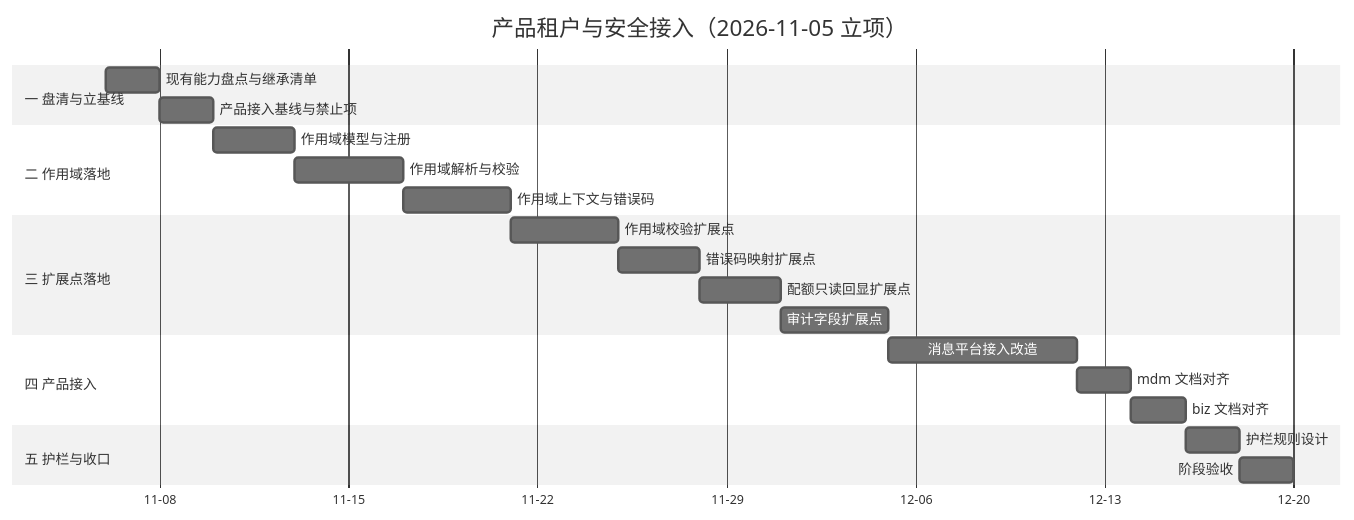
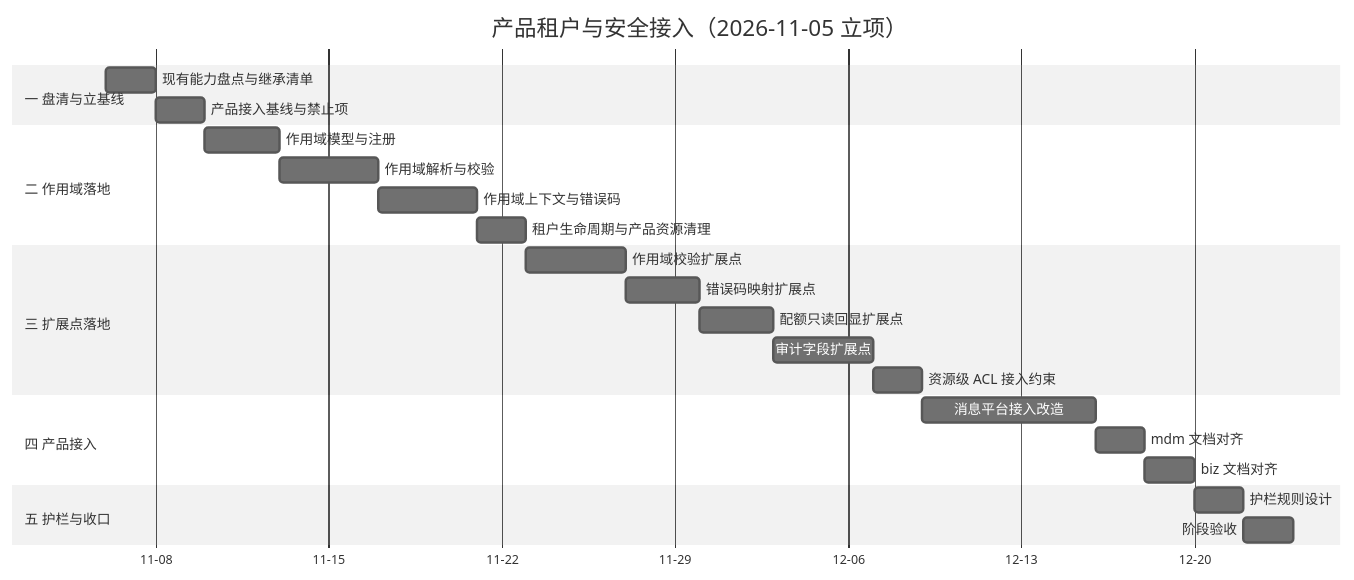
The diagram in bms文档/项目/07D_产品租户与安全接入/计划/01_计划_产品租户与安全接入.md (minjian123/basic-management-system), drawn with Mermaid (neutral theme) before and after one commit. The commit also changed other lines of this file and 25 other files, not shown here.

````diff
--- a/bms文档/项目/07D_产品租户与安全接入/计划/01_计划_产品租户与安全接入.md
+++ b/bms文档/项目/07D_产品租户与安全接入/计划/01_计划_产品租户与安全接入.md
@@ -55,25 +57,27 @@
 ```mermaid
 gantt
     title 产品租户与安全接入（2026-11-05 立项）
     dateFormat YYYY-MM-DD
     axisFormat %m-%d
     section 一 盘清与立基线
     现有能力盘点与继承清单 :a1, 2026-11-06, 2d
     产品接入基线与禁止项 :a2, after a1, 2d
     section 二 作用域落地
     作用域模型与注册 :b1, after a2, 3d
     作用域解析与校验 :b2, after b1, 4d
     作用域上下文与错误码 :b3, after b2, 4d
+    租户生命周期与产品资源清理 :b4, after b3, 2d
     section 三 扩展点落地
-    作用域校验扩展点 :c1, after b3, 4d
+    作用域校验扩展点 :c1, after b4, 4d
     错误码映射扩展点 :c2, after c1, 3d
     配额只读回显扩展点 :c3, after c2, 3d
     审计字段扩展点 :c4, after c3, 4d
+    资源级 ACL 接入约束 :c5, after c4, 2d
     section 四 产品接入
-    消息平台接入改造 :d1, after c4, 7d
+    消息平台接入改造 :d1, after c5, 7d
     mdm 文档对齐 :d2, after d1, 2d
     biz 文档对齐 :d3, after d2, 2d
     section 五 护栏与收口
     护栏规则设计 :e1, after d3, 2d
     阶段验收 :e2, after e1, 2d
 ```
````
